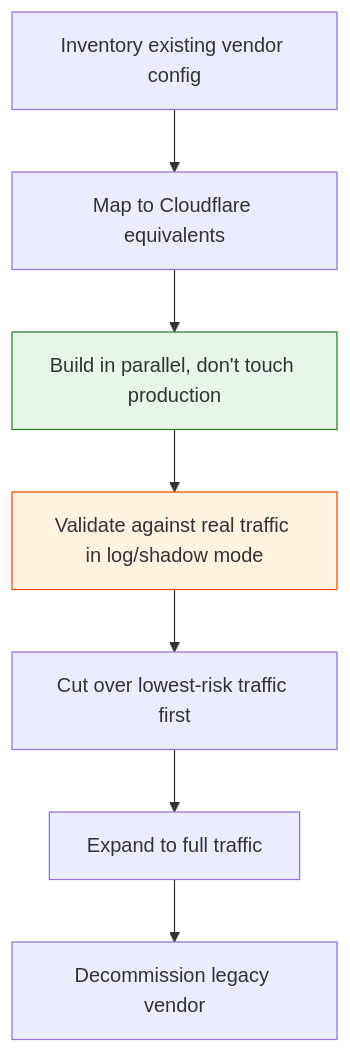
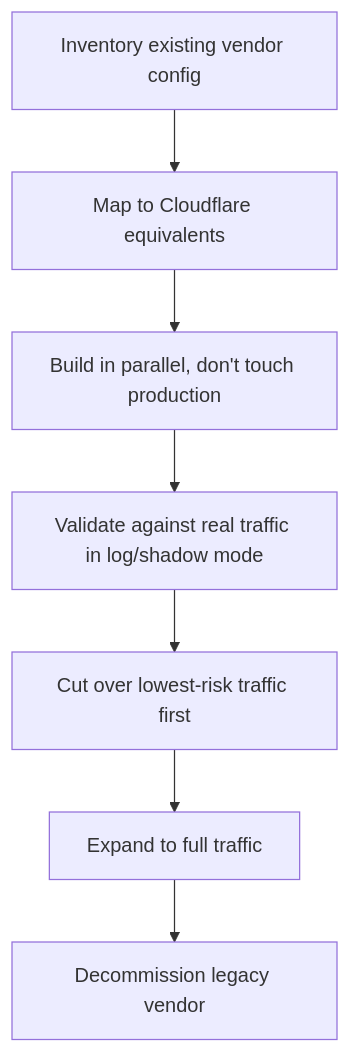
The diagram in docs/scenarios/legacy-vendor-migration.md (kevinevans1/cloudflare-adoption-framework), drawn with Mermaid before and after one commit. The commit also changed 12 other files, not shown here.

Commit message:
Remove hardcoded Mermaid node colors causing readability issues; let diagrams use Material's theme-aware rendering

````diff
--- a/docs/scenarios/legacy-vendor-migration.md
+++ b/docs/scenarios/legacy-vendor-migration.md
@@ -7,12 +7,10 @@
 ```mermaid
 flowchart TD
     A[Inventory existing vendor config] --> B[Map to Cloudflare equivalents]
     B --> C[Build in parallel, don't touch production]
     C --> D[Validate against real traffic in log/shadow mode]
     D --> E[Cut over lowest-risk traffic first]
     E --> F[Expand to full traffic]
     F --> G[Decommission legacy vendor]
 
-    style C fill:#e8f5e9,stroke:#2e7d32,stroke-width:1px
-    style D fill:#fff3e0,stroke:#e65100,stroke-width:1px
 ```
````
